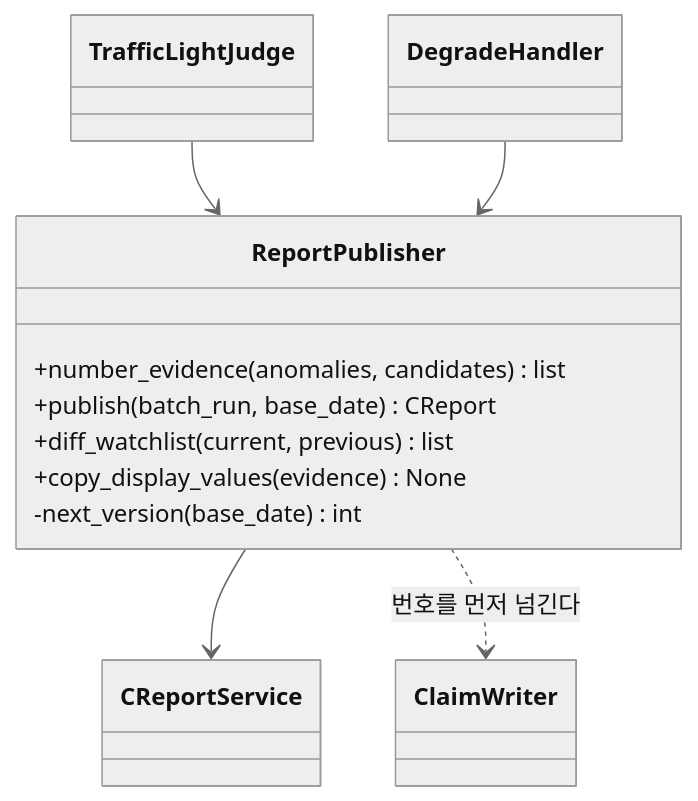
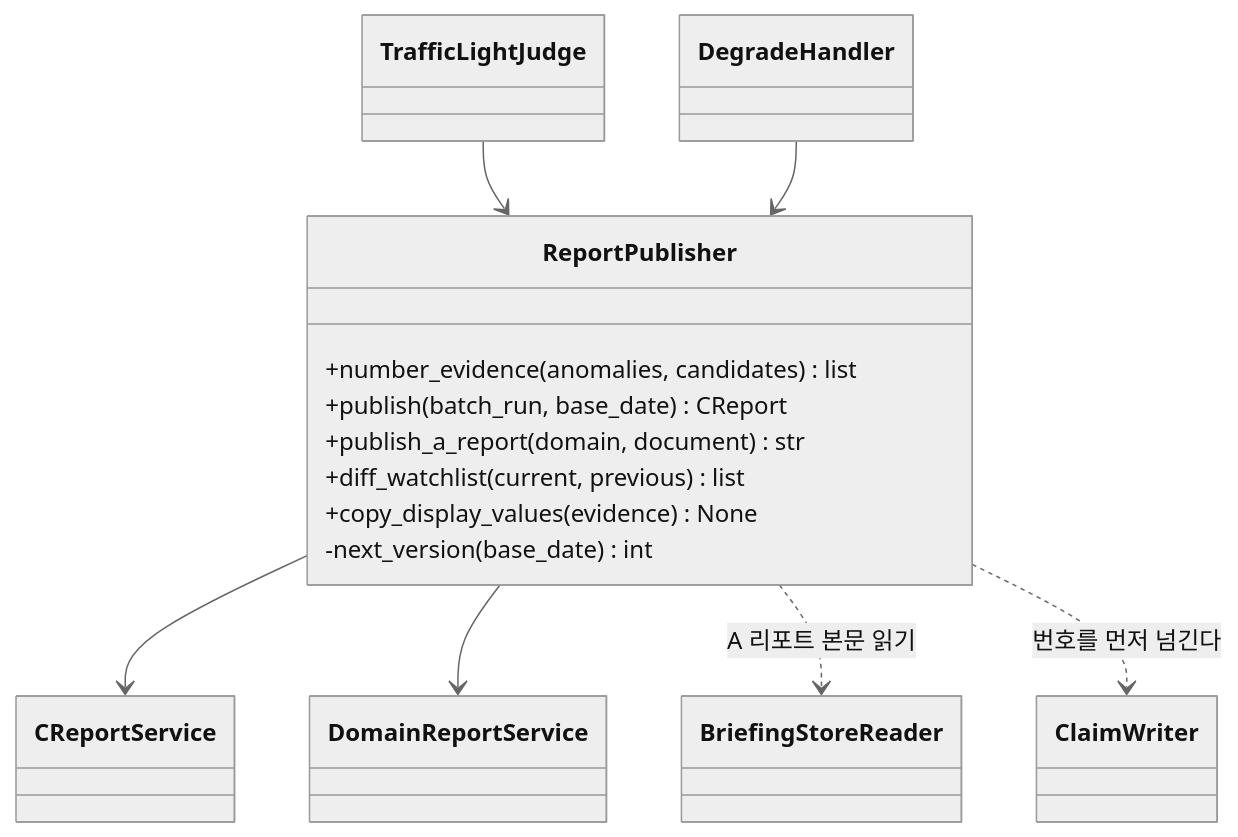
Before and after one commit to HoyoungParkme/tableau_platform: diagram 22 of 29 in docs/specs/06-DOM/TBL-DOM-002.md, drawn with Mermaid (neutral theme). The commit also changed other lines of this file, not shown here.

Commit message:
교차 검증 지적 반영: A 리포트 열람 경로(read_report_document·publish_a_report) 신설, 도메인 상태 신호등을 5단계 판정 산출물로 확정(build_domain_status), 클래스 다이어그램을 MS 시그니처에 맞춤(공개·사설 조정, 반환형·llm 인자), 3장 대괄호 참조 정정, 개정 서술을 현재 상태 서술로 교체

````diff
--- a/docs/specs/06-DOM/TBL-DOM-002.md
+++ b/docs/specs/06-DOM/TBL-DOM-002.md
@@ -853,14 +864,17 @@
 ```mermaid
 classDiagram
   class ReportPublisher {
     +number_evidence(anomalies, candidates) list
     +publish(batch_run, base_date) CReport
+    +publish_a_report(domain, document) str
     +diff_watchlist(current, previous) list
     +copy_display_values(evidence) None
     -next_version(base_date) int
   }
   TrafficLightJudge --> ReportPublisher
   DegradeHandler --> ReportPublisher
   ReportPublisher --> CReportService
+  ReportPublisher --> DomainReportService
+  ReportPublisher ..> BriefingStoreReader : A 리포트 본문 읽기
   ReportPublisher ..> ClaimWriter : 번호를 먼저 넘긴다
 ```
````
